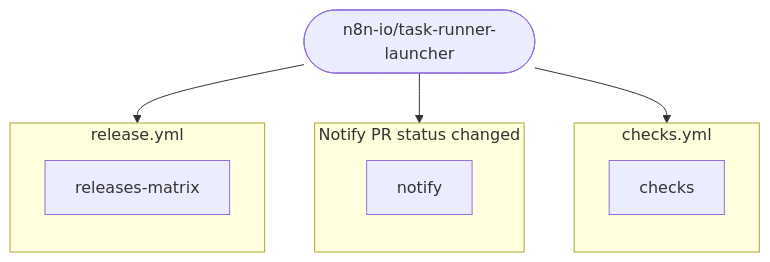
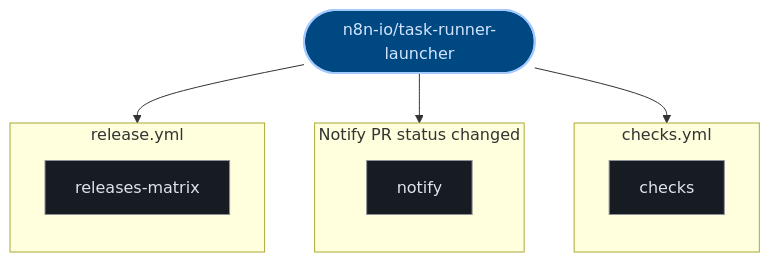
The third of 3 diagrams in exports/latest/reports/n8n-io-task-runner-launcher-report.md (kumarshaz/atruss-code-atlas), drawn with Mermaid before and after one commit. The commit also changed other lines of this file and 331 other files, not shown here.

Commit message:
docs,ui,fix: update SDLC docs, reorder CI/CD DAG first, stylize Mermaid, and fix Arc42 pipeline topology

````diff
--- a/exports/latest/reports/n8n-io-task-runner-launcher-report.md
+++ b/exports/latest/reports/n8n-io-task-runner-launcher-report.md
@@ -151,19 +162,26 @@
 ```mermaid
 graph TD;
-  pipeline_root(["n8n-io/task-runner-launcher"])
+  classDef atlasRoot fill:#004882,stroke:#a3c9ff,stroke-width:2px,color:#d3e4ff
+  classDef atlasCategory fill:#212428,stroke:#E87A48,stroke-width:1.5px,color:#dfe3eb
+  classDef atlasWorkflow fill:#1b2026,stroke:#a3c9ff,stroke-width:1.5px,color:#dfe3eb
+  classDef atlasJob fill:#171c22,stroke:#8d9199,stroke-width:1px,color:#dfe3eb
+  classDef atlasTarget fill:#005227,stroke:#8bd99b,stroke-width:1.5px,color:#a7f6b6
+  classDef atlasAlert fill:#93000a,stroke:#ffb4ab,stroke-width:1.5px,color:#ffdad6
+  classDef atlasMore fill:#252a31,stroke:#8d9199,stroke-dasharray:4 4,color:#c3c6cf
+  pipeline_root(["n8n-io/task-runner-launcher"]):::atlasRoot
   subgraph checks_yml_0["checks.yml"]
     direction TB
-    0_checks["checks"]
+    0_checks["checks"]:::atlasJob
   end
   pipeline_root --> 0_checks
   subgraph Notify_PR_status_changed_1["Notify PR status changed"]
     direction TB
-    1_notify["notify"]
+    1_notify["notify"]:::atlasJob
   end
   pipeline_root --> 1_notify
   subgraph release_yml_2["release.yml"]
     direction TB
-    2_releases_matrix["releases-matrix"]
+    2_releases_matrix["releases-matrix"]:::atlasJob
   end
   pipeline_root --> 2_releases_matrix
 ```
````
